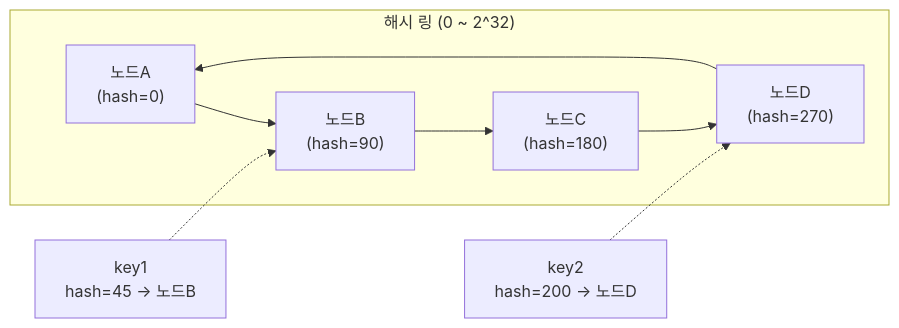
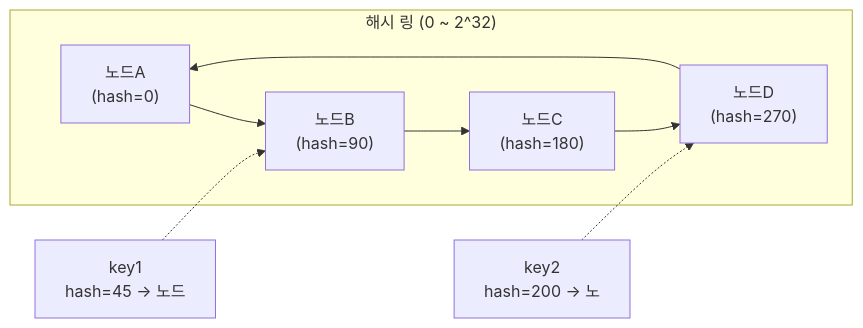
The first of 8 diagrams in _posts/systemdesign/2026-05-03-system-design-kv-store.md (yjkim2015/yjkim2015.github.io), drawn with Mermaid before and after one commit. The commit also changed other lines of this file and 271 other files, not shown here.

First line of the commit message:
Mermaid 라벨 축소: 긴 노드 텍스트 18자 이하로 트림 + \n 제거

````diff
--- a/_posts/systemdesign/2026-05-03-system-design-kv-store.md
+++ b/_posts/systemdesign/2026-05-03-system-design-kv-store.md
@@ -62,11 +62,11 @@
 ```mermaid
 graph LR
     subgraph ring["해시 링 (0 ~ 2^32)"]
         N1["노드A\n(hash=0)"] --> N2["노드B\n(hash=90)"]
         N2 --> N3["노드C\n(hash=180)"]
         N3 --> N4["노드D\n(hash=270)"]
         N4 --> N1
     end
-    K1["key1\nhash=45 → 노드B"] -.-> N2
-    K2["key2\nhash=200 → 노드D"] -.-> N4
+    K1["key1\nhash=45 → 노드"] -.-> N2
+    K2["key2\nhash=200 → 노"] -.-> N4
 ```
````
